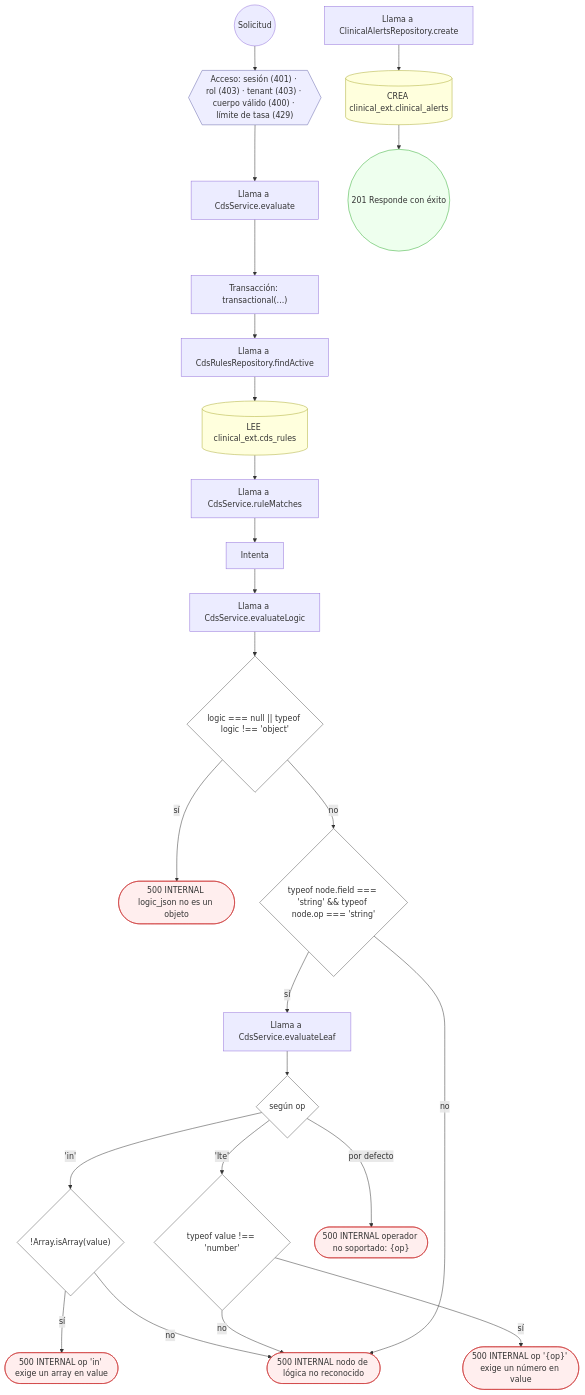
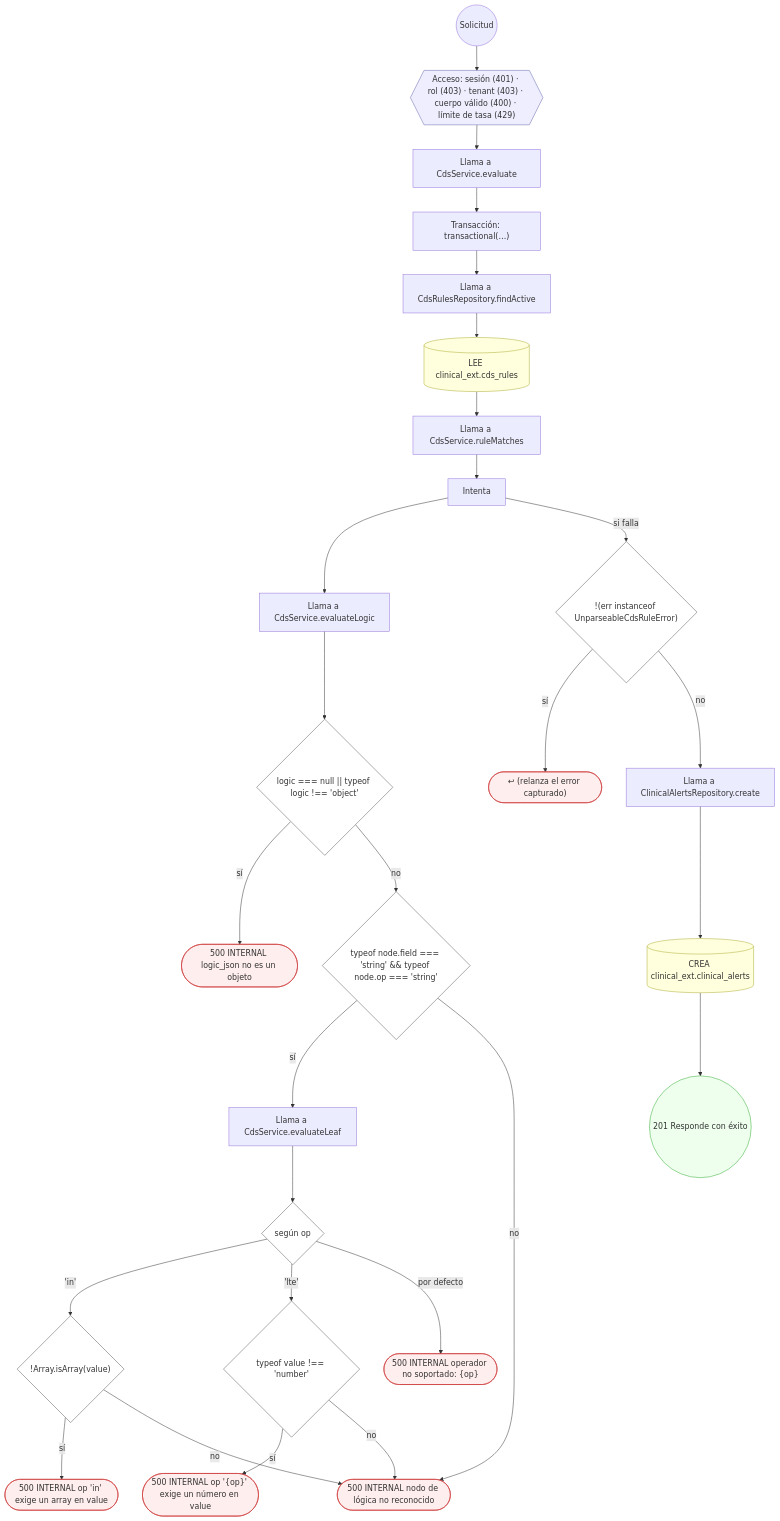
Diagram 11 of 24 in docs/inventario/flujos/clinical_ext.md (mdavila-2001/mantra-core-health-api), drawn with Mermaid before and after one commit. The commit also changed other lines of this file and 451 other files, not shown here.

````diff
--- a/docs/inventario/flujos/clinical_ext.md
+++ b/docs/inventario/flujos/clinical_ext.md
@@ -663,55 +752,60 @@
 ```mermaid
 flowchart TD
   n1(("Solicitud")):::inicio
   n2{{"Acceso: sesión (401) · rol (403) · tenant (403) · cuerpo válido (400) · límite de tasa (429)"}}:::acceso
   n1 --> n2
   n3["Llama a CdsService.evaluate"]:::llamada
   n2 --> n3
   n4["Transacción: transactional(…)"]:::transaccion
   n3 --> n4
   n5["Llama a CdsRulesRepository.findActive"]:::llamada
   n4 --> n5
   n6[("LEE clinical_ext.cds_rules")]:::efecto
   n5 --> n6
   n7["Llama a CdsService.ruleMatches"]:::llamada
   n6 --> n7
   n8["Intenta"]:::intento
   n7 --> n8
   n9["Llama a CdsService.evaluateLogic"]:::llamada
   n8 --> n9
   n10{"logic === null || typeof logic !== 'object'"}:::decision
   n9 --> n10
   n11(["500 INTERNAL logic_json no es un objeto"]):::error
   n10 -->|"sí"| n11
   n12{"typeof node.field === 'string' && typeof node.op === 'string'"}:::decision
   n10 -->|"no"| n12
   n13["Llama a CdsService.evaluateLeaf"]:::llamada
   n12 -->|"sí"| n13
   n14{"según op"}:::decision
   n13 --> n14
   n15{"!Array.isArray(value)"}:::decision
   n14 -->|"'in'"| n15
   n16(["500 INTERNAL op 'in' exige un array en value"]):::error
   n15 -->|"sí"| n16
   n17{"typeof value !== 'number'"}:::decision
   n14 -->|"'lte'"| n17
   n18(["500 INTERNAL op '{op}' exige un número en value"]):::error
   n17 -->|"sí"| n18
   n19(["500 INTERNAL operador no soportado: {op}"]):::error
   n14 -->|"por defecto"| n19
   n20(["500 INTERNAL nodo de lógica no reconocido"]):::error
   n15 -->|"no"| n20
   n17 -->|"no"| n20
   n12 -->|"no"| n20
-  n21["Llama a ClinicalAlertsRepository.create"]:::llamada
-  n22[("CREA clinical_ext.clinical_alerts")]:::efecto
-  n21 --> n22
-  n23(("201 Responde con éxito")):::ok
-  n22 --> n23
+  n21{"!(err instanceof UnparseableCdsRuleError)"}:::decision
+  n8 -->|"si falla"| n21
+  n22(["↩ (relanza el error capturado)"]):::error
+  n21 -->|"sí"| n22
+  n23["Llama a ClinicalAlertsRepository.create"]:::llamada
+  n21 -->|"no"| n23
+  n24[("CREA clinical_ext.clinical_alerts")]:::efecto
+  n23 --> n24
+  n25(("201 Responde con éxito")):::ok
+  n24 --> n25
   classDef acceso fill:#eef,stroke:#66a
   classDef error fill:#fee,stroke:#c33
   classDef ok fill:#efe,stroke:#3a3
   classDef efecto fill:#ffd,stroke:#aa3
   classDef decision fill:#fff,stroke:#555
   classDef corte fill:#eee,stroke:#999,stroke-dasharray: 4
 ```
````
